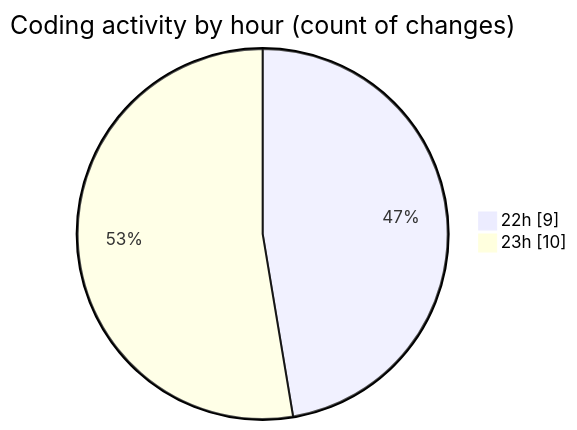
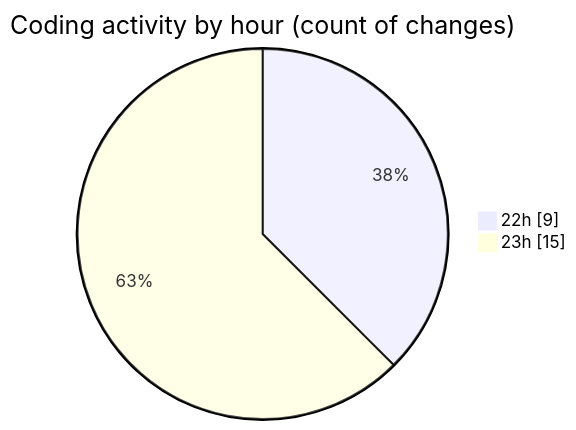
Before and after one commit to IJAZ3593/code-tracking: the second of 2 diagrams in 2025-08-31/abc2/README.md, drawn with Mermaid. The commit also changed other lines of this file and 1 other file, not shown here.

````diff
--- a/2025-08-31/abc2/README.md
+++ b/2025-08-31/abc2/README.md
@@ -36,6 +36,6 @@
 ```mermaid
 pie showData
 title Coding activity by hour (count of changes)
 "22h" : 9
-"23h" : 10
+"23h" : 15
 ```
````
